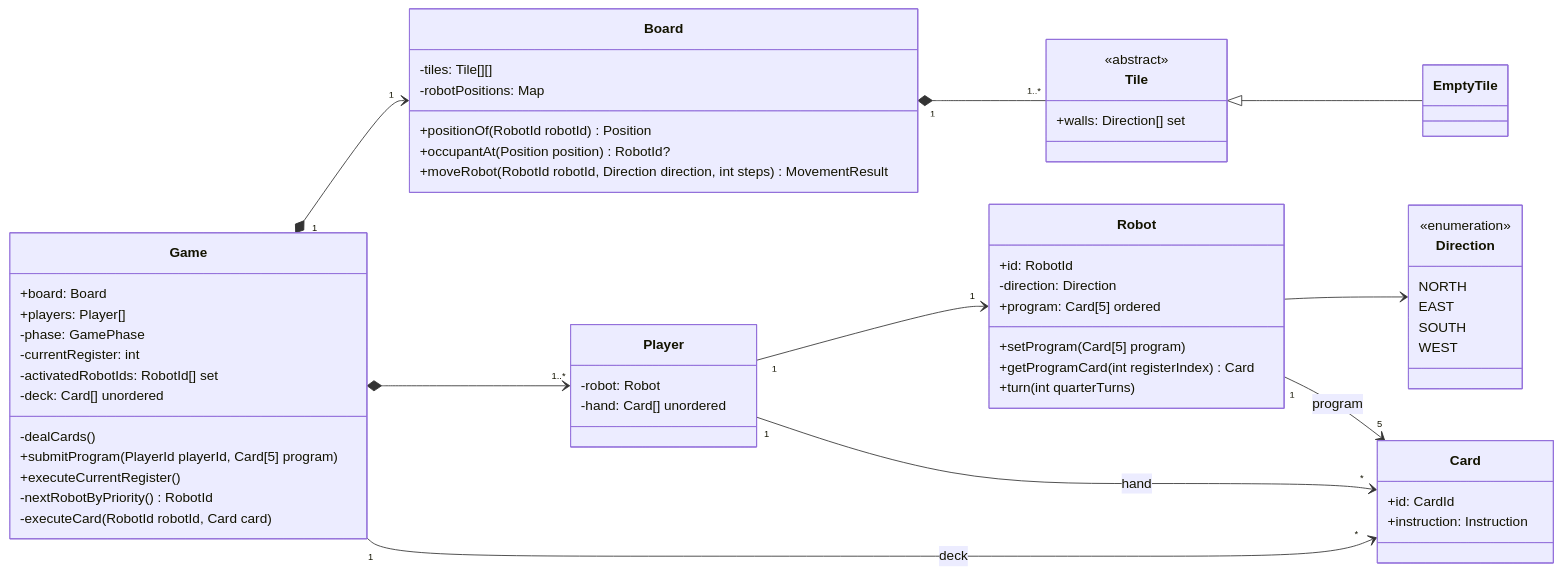
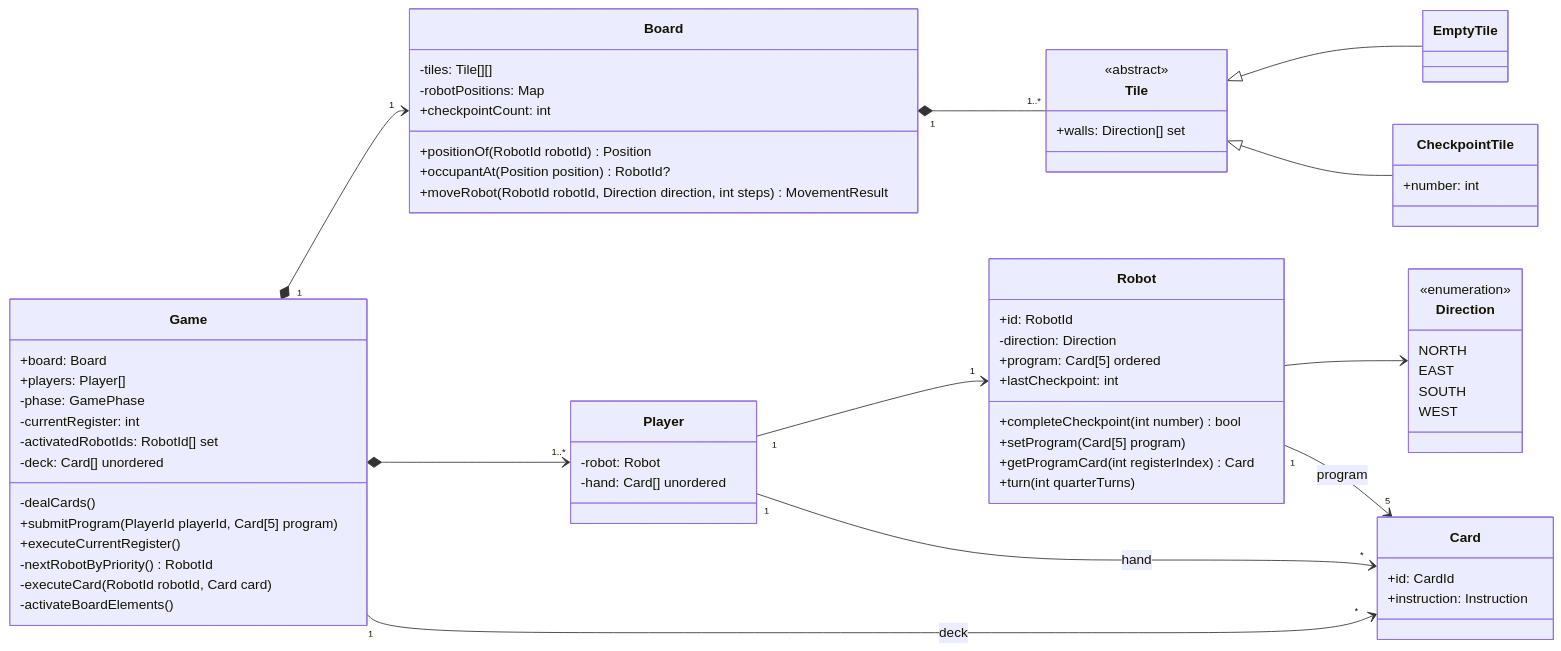
One commit to hananinas/RoboRally changed the diagram in docs/game_model_UML.md. Above: the diagram before and after it, drawn with Mermaid. The commit also changed other lines of this file and 3 other files, not shown here.

````diff
--- a/docs/game_model_UML.md
+++ b/docs/game_model_UML.md
@@ -4,74 +6,83 @@
 ```mermaid
     classDiagram
         direction LR
 
         class Game {
         +board: Board
         +players: Player[]
         -phase: GamePhase
         -currentRegister: int
         -activatedRobotIds: RobotId[] set
         -deck: Card[] unordered
         -dealCards()
         +submitProgram(PlayerId playerId, Card[5] program)
         +executeCurrentRegister()
         -nextRobotByPriority() RobotId
         -executeCard(RobotId robotId, Card card)
+        -activateBoardElements()
         }
 
         class Board {
         -tiles: Tile[][]
         -robotPositions: Map
+        +checkpointCount: int
         +positionOf(RobotId robotId) Position
         +occupantAt(Position position) RobotId?
         +moveRobot(RobotId robotId, Direction direction, int steps) MovementResult
         }
 
         class Tile {
             <<abstract>>
             +walls: Direction[] set
         }
 
         class EmptyTile
 
+        class CheckpointTile {
+        +number: int
+        }
+
         class Player {
         -robot: Robot
         -hand: Card[] unordered
         }
 
         class Robot {
         +id: RobotId
         -direction: Direction
         +program: Card[5] ordered
+        +lastCheckpoint: int
+        +completeCheckpoint(int number) bool
         +setProgram(Card[5] program)
         +getProgramCard(int registerIndex) Card
         +turn(int quarterTurns)
         }
 
         class Direction {
         <<enumeration>>
         NORTH
         EAST
         SOUTH
         WEST
         }
 
         class Card {
             +id: CardId
             +instruction: Instruction
         }
 
         Game "1" *--> "1" Board
         Game *--> "1..*" Player
         Board "1" *-- "1..*" Tile
 
         Robot --> Direction
         Tile <|-- EmptyTile
+        Tile <|-- CheckpointTile
 
         Player "1" --> "1" Robot
 
         Game "1" --> "*" Card : deck
         Player "1" --> "*" Card : hand
         Robot "1" --> "5" Card : program
 
 ```
````
